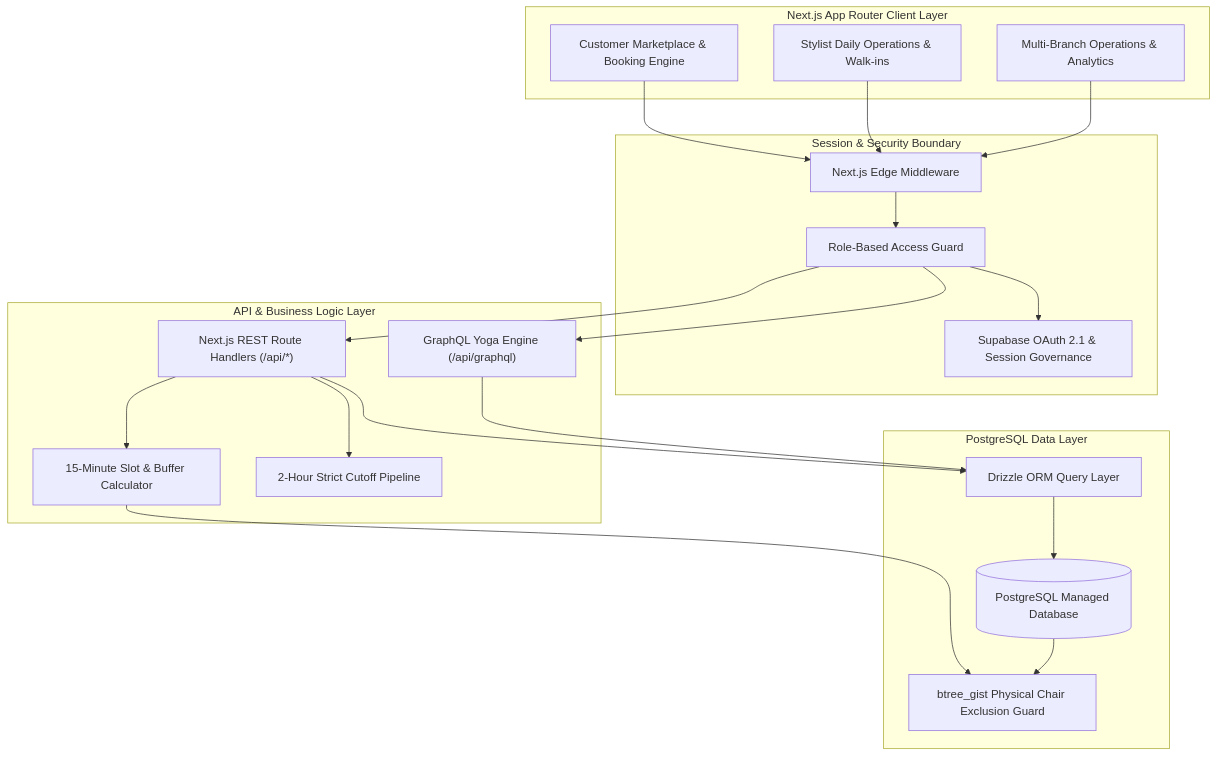
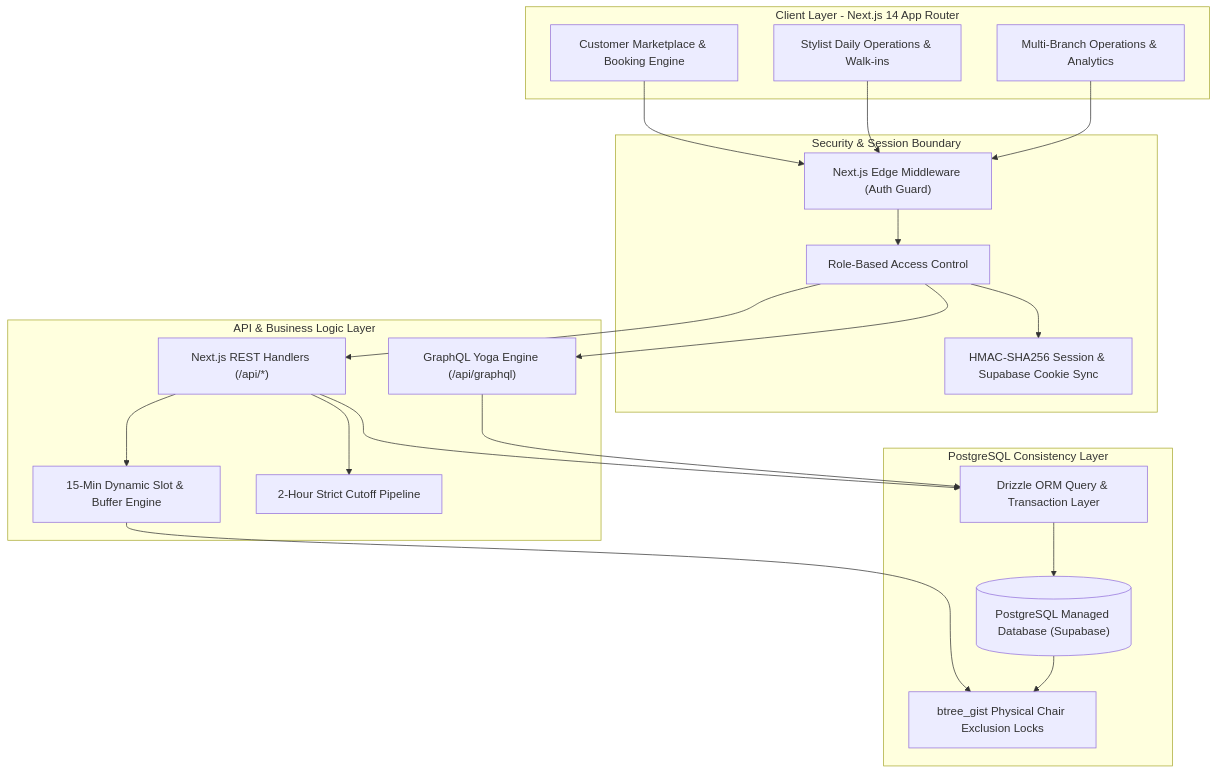
One commit to krushang007/Aura---Salon-chain changed the diagram in README.md. Above: the diagram before and after it, drawn with Mermaid. The commit also changed other lines of this file and 29 other files, not shown here.

````diff
--- a/README.md
+++ b/README.md
@@ -22,45 +74,45 @@
 ```mermaid
 flowchart TD
-    subgraph Frontend [Next.js App Router Client Layer]
-        CustomerPortal["Customer Marketplace & Booking Engine"]
-        StaffPortal["Stylist Daily Operations & Walk-ins"]
-        AdminCenter["Multi-Branch Operations & Analytics"]
+    subgraph Clients [Client Layer - Next.js 14 App Router]
+        CustomerApp["Customer Marketplace & Booking Engine"]
+        StaffApp["Stylist Daily Operations & Walk-ins"]
+        AdminApp["Multi-Branch Operations & Analytics"]
     end
 
-    subgraph Security [Session & Security Boundary]
-        Middleware["Next.js Edge Middleware"]
-        RBAC["Role-Based Access Guard"]
-        SupabaseAuth["Supabase OAuth 2.1 & Session Governance"]
+    subgraph SecurityLayer [Security & Session Boundary]
+        EdgeMiddleware["Next.js Edge Middleware (Auth Guard)"]
+        RBAC["Role-Based Access Control"]
+        SessionGovernance["HMAC-SHA256 Session & Supabase Cookie Sync"]
     end
 
-    subgraph API [API & Business Logic Layer]
+    subgraph APILayer [API & Business Logic Layer]
         GraphQLYoga["GraphQL Yoga Engine (/api/graphql)"]
-        RESTHandlers["Next.js REST Route Handlers (/api/*)"]
-        SlotEngine["15-Minute Slot & Buffer Calculator"]
-        CutoffGuard["2-Hour Strict Cutoff Pipeline"]
+        RESTEndpoints["Next.js REST Handlers (/api/*)"]
+        SlotCalculator["15-Min Dynamic Slot & Buffer Engine"]
+        CutoffPipeline["2-Hour Strict Cutoff Pipeline"]
     end
 
-    subgraph Database [PostgreSQL Data Layer]
-        DrizzleORM["Drizzle ORM Query Layer"]
-        PostgresDB[("PostgreSQL Managed Database")]
-        GiSTLocks["btree_gist Physical Chair Exclusion Guard"]
+    subgraph DataLayer [PostgreSQL Consistency Layer]
+        DrizzleORM["Drizzle ORM Query & Transaction Layer"]
+        PostgresDB[("PostgreSQL Managed Database (Supabase)")]
+        GiSTConstraint["btree_gist Physical Chair Exclusion Locks"]
     end
 
-    CustomerPortal --> Middleware
-    StaffPortal --> Middleware
-    AdminCenter --> Middleware
+    CustomerApp --> EdgeMiddleware
+    StaffApp --> EdgeMiddleware
+    AdminApp --> EdgeMiddleware
 
-    Middleware --> RBAC
-    RBAC --> SupabaseAuth
-    RBAC --> RESTHandlers
+    EdgeMiddleware --> RBAC
+    RBAC --> SessionGovernance
+    RBAC --> RESTEndpoints
     RBAC --> GraphQLYoga
 
-    RESTHandlers --> SlotEngine
-    RESTHandlers --> CutoffGuard
-    RESTHandlers --> DrizzleORM
+    RESTEndpoints --> SlotCalculator
+    RESTEndpoints --> CutoffPipeline
+    RESTEndpoints --> DrizzleORM
     GraphQLYoga --> DrizzleORM
 
-    SlotEngine --> GiSTLocks
+    SlotCalculator --> GiSTConstraint
     DrizzleORM --> PostgresDB
-    PostgresDB --> GiSTLocks
+    PostgresDB --> GiSTConstraint
 ```
````
